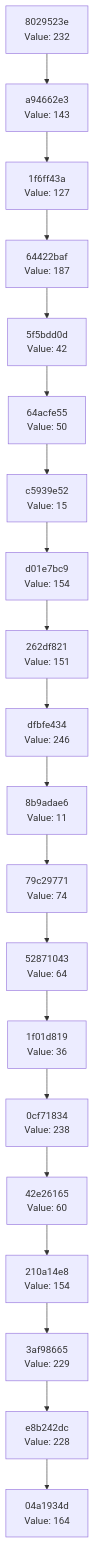
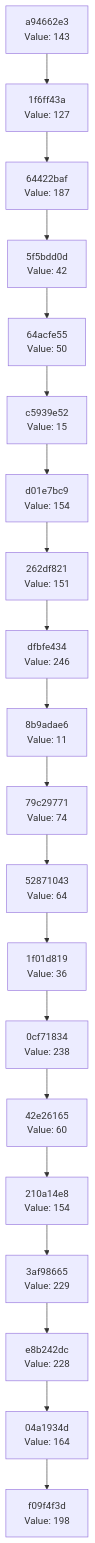
The diagram in docs/CHAIN_VISUALIZATION.md (Abhisheksinha1506/hash-chain-evolver), drawn with Mermaid before and after one commit. The commit also changed 2 other files, not shown here.

Commit message:
Evolution Step

````diff
--- a/docs/CHAIN_VISUALIZATION.md
+++ b/docs/CHAIN_VISUALIZATION.md
@@ -3,42 +3,42 @@
 ```mermaid
 graph TD
-    C0["04a1934d<br/>Value: 164"]
-    C1["e8b242dc<br/>Value: 228"]
+    C0["f09f4f3d<br/>Value: 198"]
+    C1["04a1934d<br/>Value: 164"]
     C1 --> C0
-    C2["3af98665<br/>Value: 229"]
+    C2["e8b242dc<br/>Value: 228"]
     C2 --> C1
-    C3["210a14e8<br/>Value: 154"]
+    C3["3af98665<br/>Value: 229"]
     C3 --> C2
-    C4["42e26165<br/>Value: 60"]
+    C4["210a14e8<br/>Value: 154"]
     C4 --> C3
-    C5["0cf71834<br/>Value: 238"]
+    C5["42e26165<br/>Value: 60"]
     C5 --> C4
-    C6["1f01d819<br/>Value: 36"]
+    C6["0cf71834<br/>Value: 238"]
     C6 --> C5
-    C7["52871043<br/>Value: 64"]
+    C7["1f01d819<br/>Value: 36"]
     C7 --> C6
-    C8["79c29771<br/>Value: 74"]
+    C8["52871043<br/>Value: 64"]
     C8 --> C7
-    C9["8b9adae6<br/>Value: 11"]
+    C9["79c29771<br/>Value: 74"]
     C9 --> C8
-    C10["dfbfe434<br/>Value: 246"]
+    C10["8b9adae6<br/>Value: 11"]
     C10 --> C9
-    C11["262df821<br/>Value: 151"]
+    C11["dfbfe434<br/>Value: 246"]
     C11 --> C10
-    C12["d01e7bc9<br/>Value: 154"]
+    C12["262df821<br/>Value: 151"]
     C12 --> C11
-    C13["c5939e52<br/>Value: 15"]
+    C13["d01e7bc9<br/>Value: 154"]
     C13 --> C12
-    C14["64acfe55<br/>Value: 50"]
+    C14["c5939e52<br/>Value: 15"]
     C14 --> C13
-    C15["5f5bdd0d<br/>Value: 42"]
+    C15["64acfe55<br/>Value: 50"]
     C15 --> C14
-    C16["64422baf<br/>Value: 187"]
+    C16["5f5bdd0d<br/>Value: 42"]
     C16 --> C15
-    C17["1f6ff43a<br/>Value: 127"]
+    C17["64422baf<br/>Value: 187"]
     C17 --> C16
-    C18["a94662e3<br/>Value: 143"]
+    C18["1f6ff43a<br/>Value: 127"]
     C18 --> C17
-    C19["8029523e<br/>Value: 232"]
+    C19["a94662e3<br/>Value: 143"]
     C19 --> C18
 ```
````
